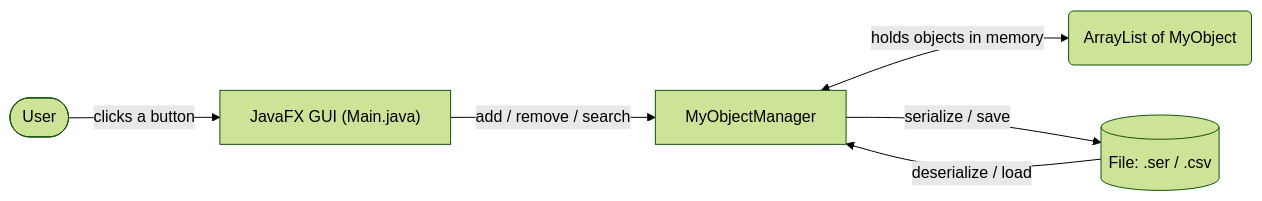
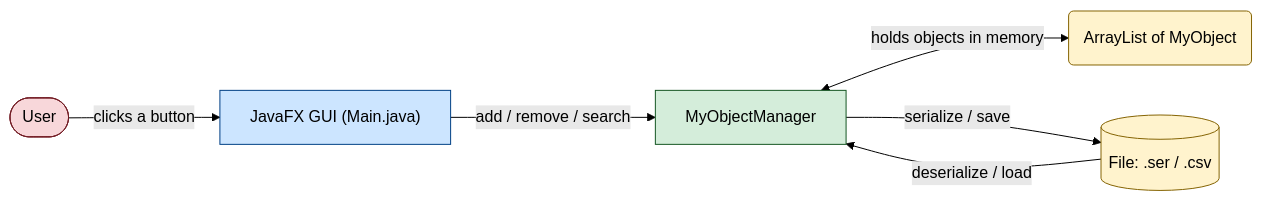
Before and after one commit to DanielCreggOrganization/aooc-project-template: the third of 4 diagrams in project-brief.md, drawn with Mermaid (forest theme). The commit also changed other lines of this file, not shown here.

First line of the commit message:
Simplify class diagram and add colour to brief diagrams

````diff
--- a/project-brief.md
+++ b/project-brief.md
@@ -105,8 +107,17 @@
 ```mermaid
 flowchart LR
     User([User]) -->|clicks a button| GUI["JavaFX GUI (Main.java)"]
     GUI -->|add / remove / search| Manager[MyObjectManager]
     Manager <-->|holds objects in memory| List(ArrayList of MyObject)
     Manager -->|serialize / save| File[("File: .ser / .csv")]
     File -->|deserialize / load| Manager
+
+    classDef user  fill:#f8d7da,stroke:#721c24,color:#000
+    classDef gui   fill:#cce5ff,stroke:#004085,color:#000
+    classDef logic fill:#d4edda,stroke:#155724,color:#000
+    classDef store fill:#fff3cd,stroke:#856404,color:#000
+    class User user
+    class GUI gui
+    class Manager logic
+    class List,File store
 ```
````
